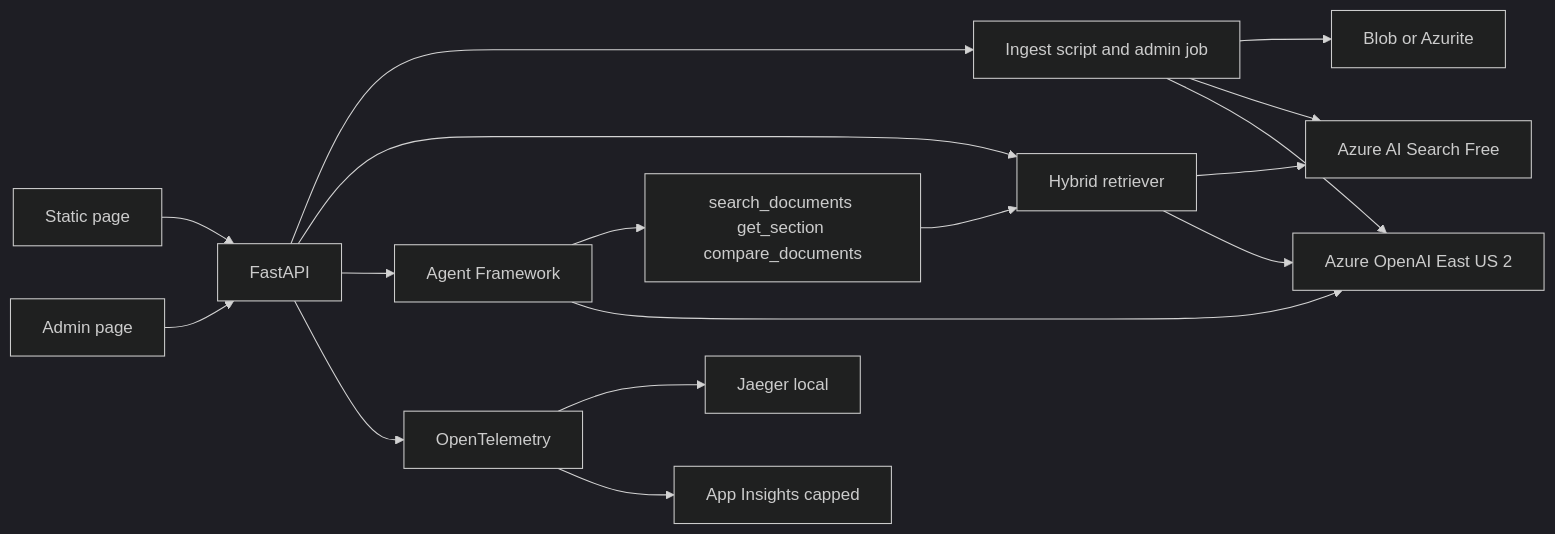
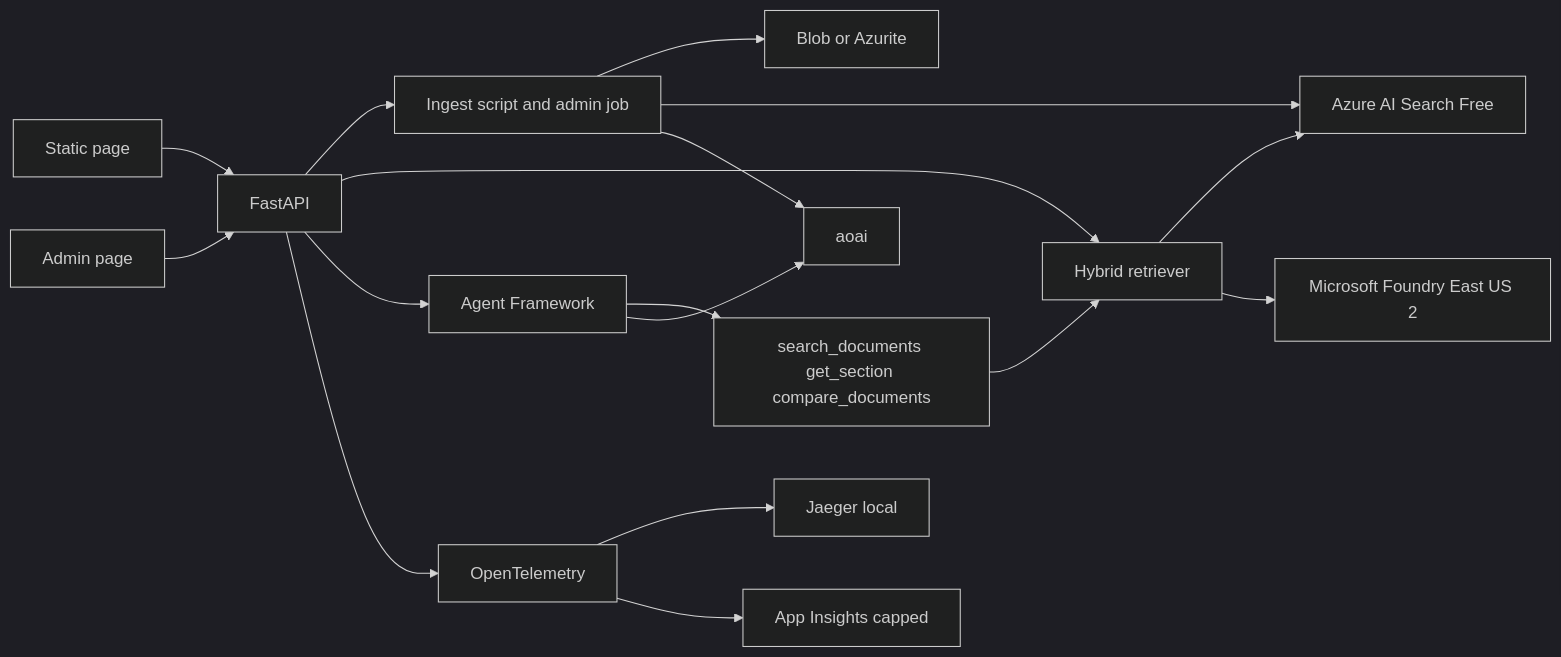
One commit to henrique-meyer/docpilot changed the diagram in docs/architecture.md. Above: the diagram before and after it, drawn with Mermaid (dark theme). The commit also changed other lines of this file and 6 other files, not shown here.

First line of the commit message:
DOCPILOT-5 Name the model account as Microsoft Foundry.

````diff
--- a/docs/architecture.md
+++ b/docs/architecture.md
@@ -15,19 +15,19 @@
 ```mermaid
 flowchart LR
   browser[Static page] --> api[FastAPI]
   admin[Admin page] --> api
   api --> ingest[Ingest script and admin job]
   api --> rag[Hybrid retriever]
   api --> agent[Agent Framework]
   agent --> tools[search_documents get_section compare_documents]
   tools --> rag
   rag --> search[Azure AI Search Free]
-  rag --> aoai[Azure OpenAI East US 2]
+  rag --> foundry[Microsoft Foundry East US 2]
   agent --> aoai
   ingest --> blob[Blob or Azurite]
   ingest --> search
   ingest --> aoai
   api --> otel[OpenTelemetry]
   otel --> jaeger[Jaeger local]
   otel --> appins[App Insights capped]
 ```
````
